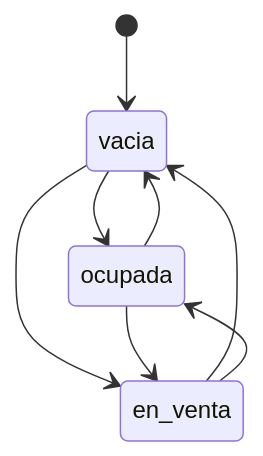
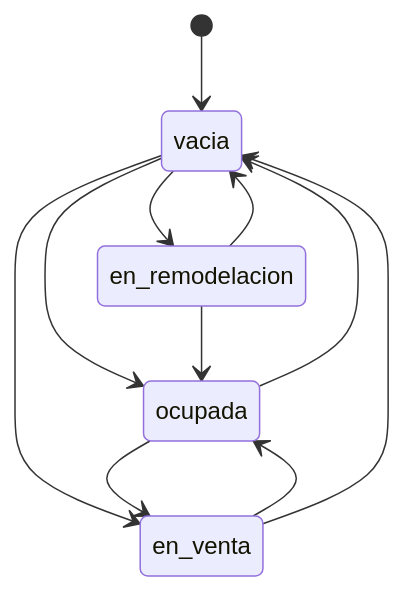
One commit to urbaniadev01/UrbaniaDocs changed the second of 2 diagrams in 00-shared/features/PROPIEDADES.md. Above: the diagram before and after it, drawn with Mermaid. The commit also changed other lines of this file and 3 other files, not shown here.

````diff
--- a/00-shared/features/PROPIEDADES.md
+++ b/00-shared/features/PROPIEDADES.md
@@ -141,10 +479,13 @@
 ```mermaid
 stateDiagram-v2
     [*] --> vacia
     vacia --> ocupada
+    vacia --> en_venta
+    vacia --> en_remodelacion
     ocupada --> vacia
-    vacia --> en_venta
-    en_venta --> vacia
     ocupada --> en_venta
     en_venta --> ocupada
+    en_venta --> vacia
+    en_remodelacion --> vacia
+    en_remodelacion --> ocupada
 ```
````
